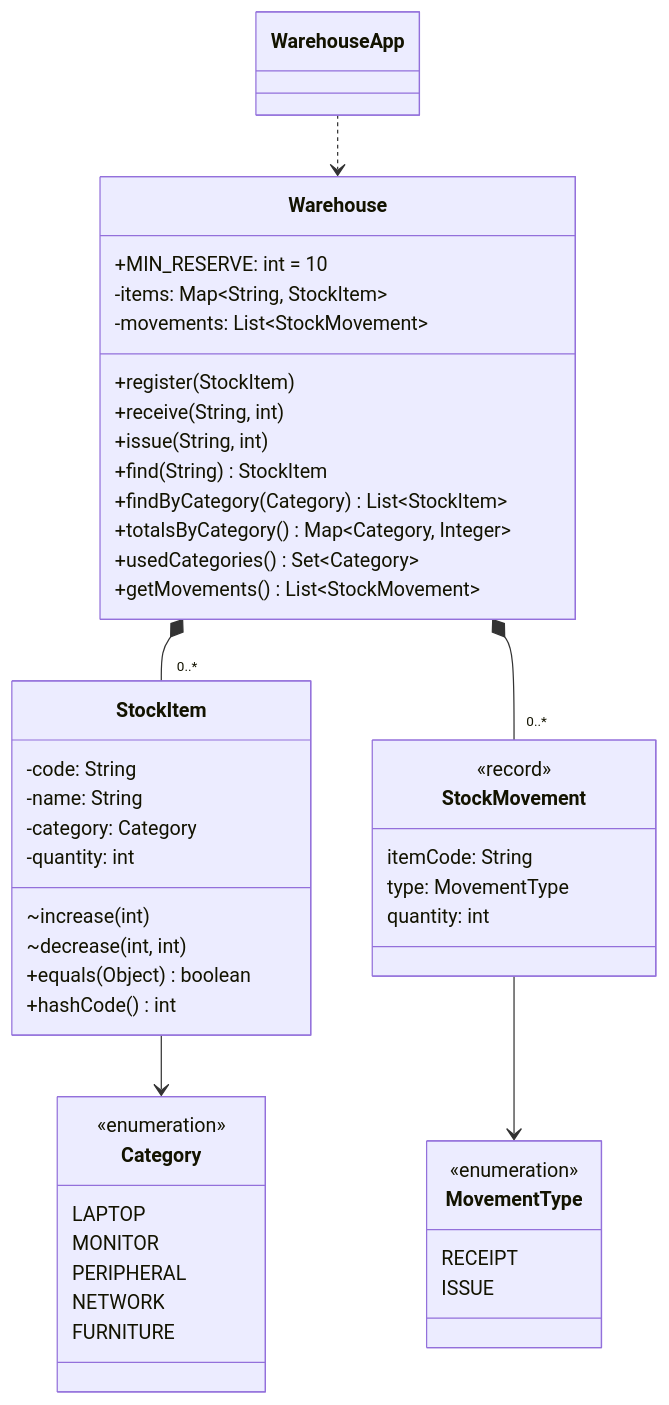
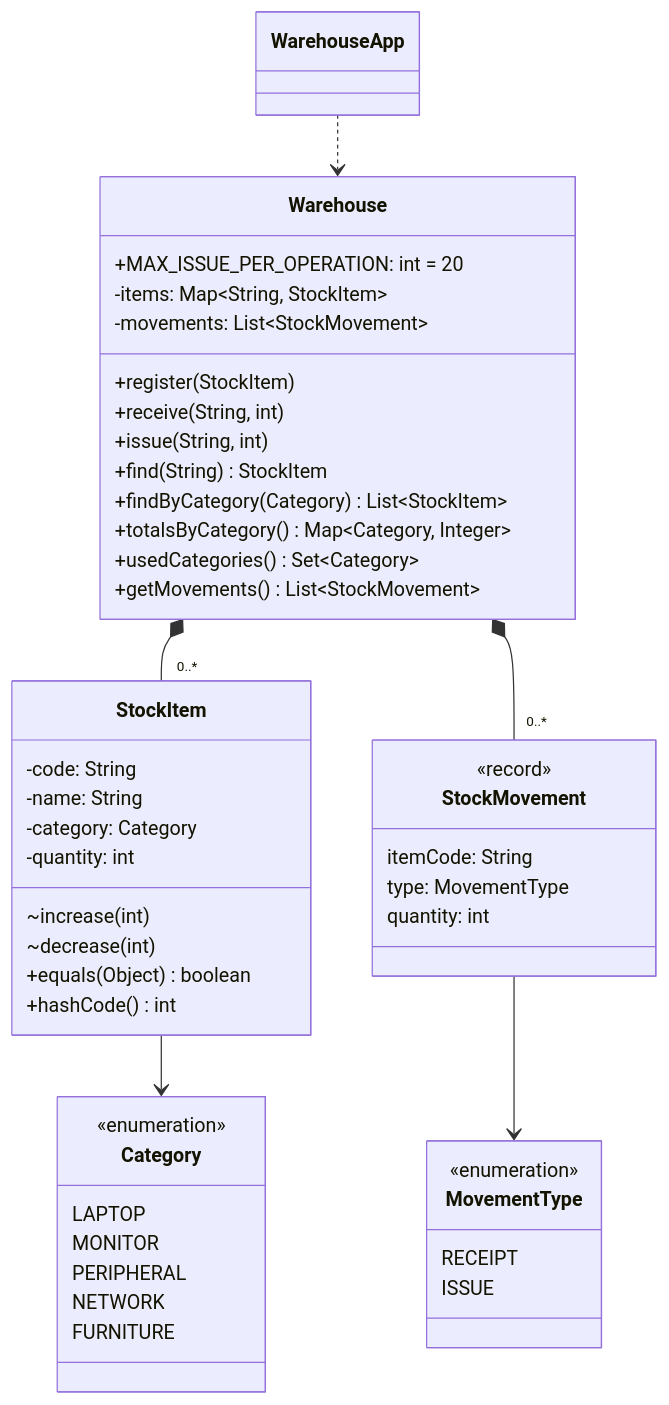
The second of 2 diagrams in pr09/README.md (f1shi/java-practice), drawn with Mermaid before and after one commit. The commit also changed other lines of this file and 68 other files, not shown here.

````diff
--- a/pr09/README.md
+++ b/pr09/README.md
@@ -47,51 +48,51 @@
 ```mermaid
 classDiagram
     class Warehouse {
-        +MIN_RESERVE: int = 10
+        +MAX_ISSUE_PER_OPERATION: int = 20
         -items: Map~String, StockItem~
         -movements: List~StockMovement~
         +register(StockItem)
         +receive(String, int)
         +issue(String, int)
         +find(String) StockItem
         +findByCategory(Category) List~StockItem~
         +totalsByCategory() Map~Category, Integer~
         +usedCategories() Set~Category~
         +getMovements() List~StockMovement~
     }
     class StockItem {
         -code: String
         -name: String
         -category: Category
         -quantity: int
         ~increase(int)
-        ~decrease(int, int)
+        ~decrease(int)
         +equals(Object) boolean
         +hashCode() int
     }
     class StockMovement {
         <<record>>
         itemCode: String
         type: MovementType
         quantity: int
     }
     class Category {
         <<enumeration>>
         LAPTOP
         MONITOR
         PERIPHERAL
         NETWORK
         FURNITURE
     }
     class MovementType {
         <<enumeration>>
         RECEIPT
         ISSUE
     }
     class WarehouseApp
     Warehouse *-- "0..*" StockItem
     Warehouse *-- "0..*" StockMovement
     StockItem --> Category
     StockMovement --> MovementType
     WarehouseApp ..> Warehouse
 ```
````
